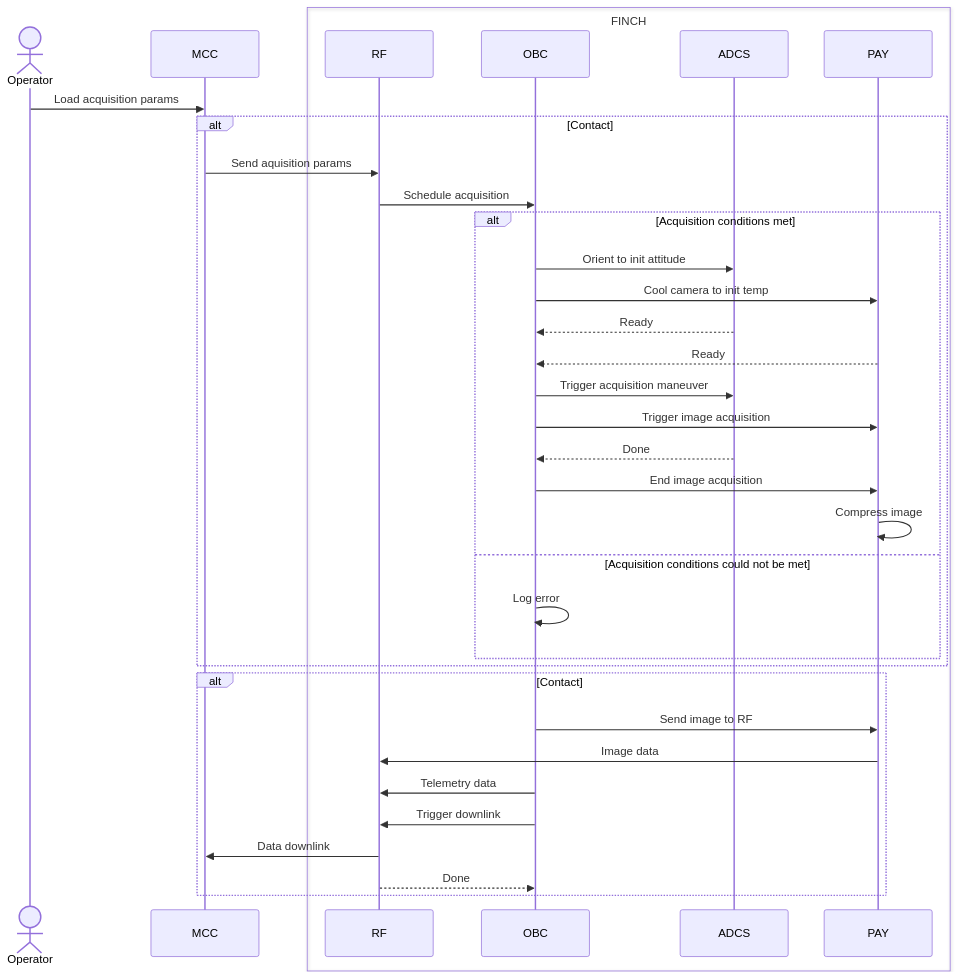
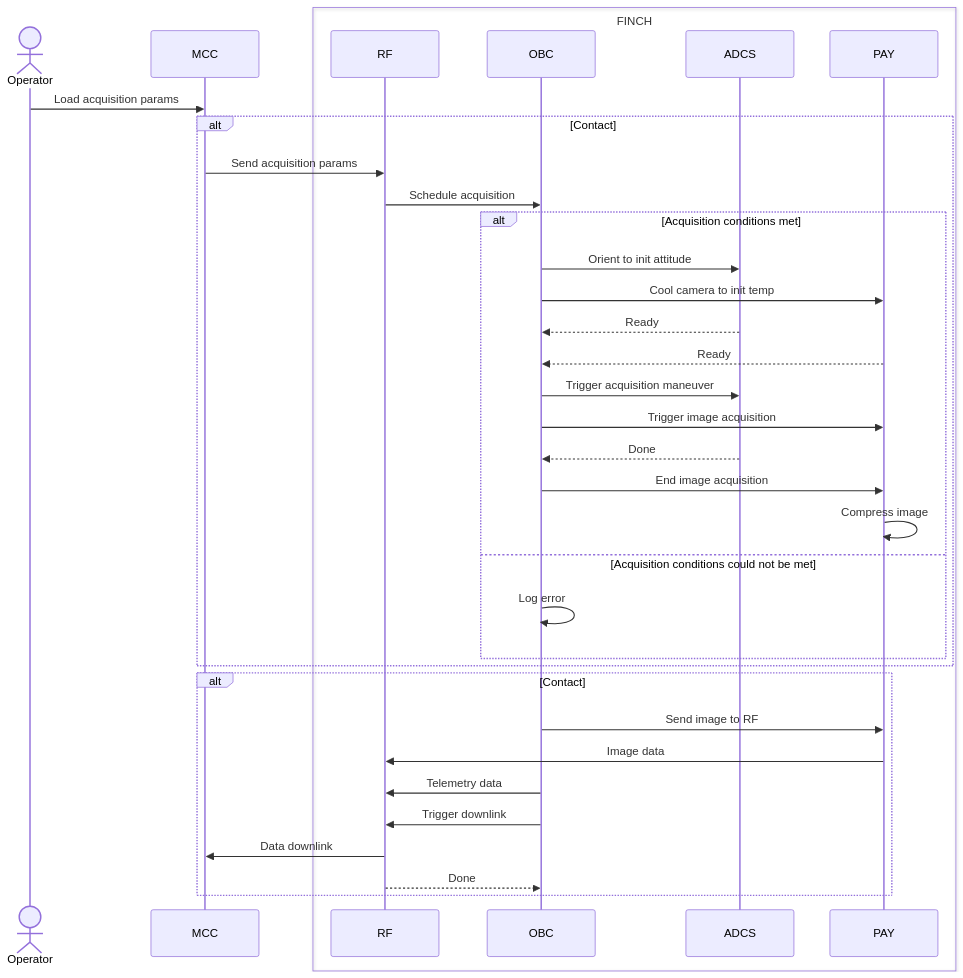
Before and after one commit to utat-ss/FINCH-sequence-diagrams: the diagram in command sequences/acquisition-command.md, drawn with Mermaid.

Commit message:
Fix spelling mistake

````diff
--- a/command sequences/acquisition-command.md
+++ b/command sequences/acquisition-command.md
@@ -2,48 +2,48 @@
 ```mermaid
 sequenceDiagram
     Actor Operator
     participant MCC
     box FINCH
         participant RF
         participant OBC
         participant ADCS
         participant PAY
     end
 
     Operator->>MCC: Load acquisition params
     alt Contact
-        MCC->>RF: Send aquisition params
+        MCC->>RF: Send acquisition params
 
         RF->>OBC: Schedule acquisition
 
         alt Acquisition conditions met
             OBC->>ADCS: Orient to init attitude
             OBC->>PAY: Cool camera to init temp
             ADCS-->>OBC: Ready
             PAY-->>OBC: Ready
 
             OBC->>ADCS: Trigger acquisition maneuver
             OBC->>PAY: Trigger image acquisition
             ADCS-->>OBC: Done
             OBC->>PAY: End image acquisition
             PAY->>PAY: Compress image
 
 
         else Acquisition conditions could not be met
             OBC->>OBC: Log error
 
         end
     end
 
     alt Contact
         OBC->>PAY: Send image to RF
         PAY->>RF: Image data
         OBC->>RF: Telemetry data
         OBC->>RF: Trigger downlink
         RF->>MCC: Data downlink
         RF-->>OBC: Done
     end
 
     
 
 ```
````
